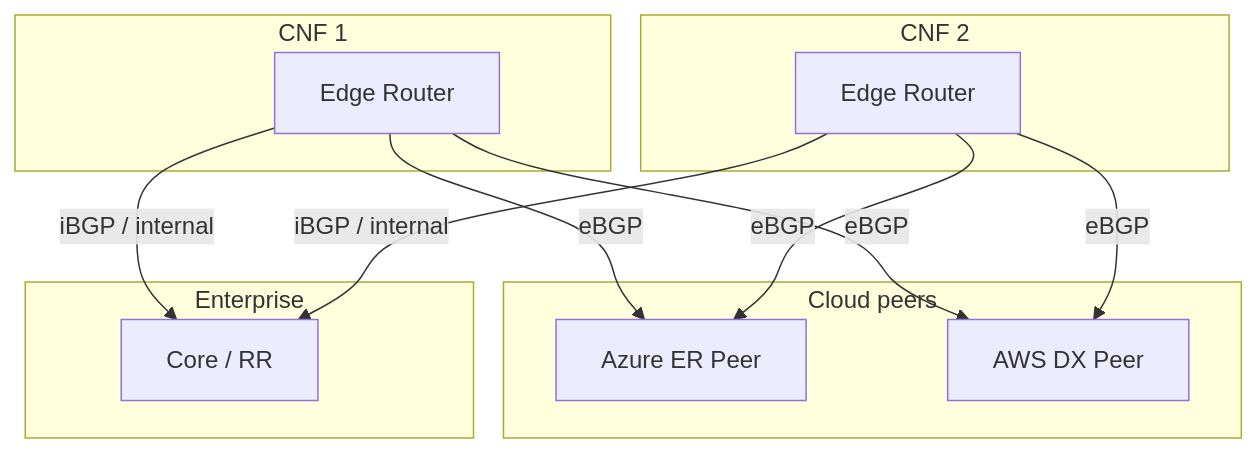
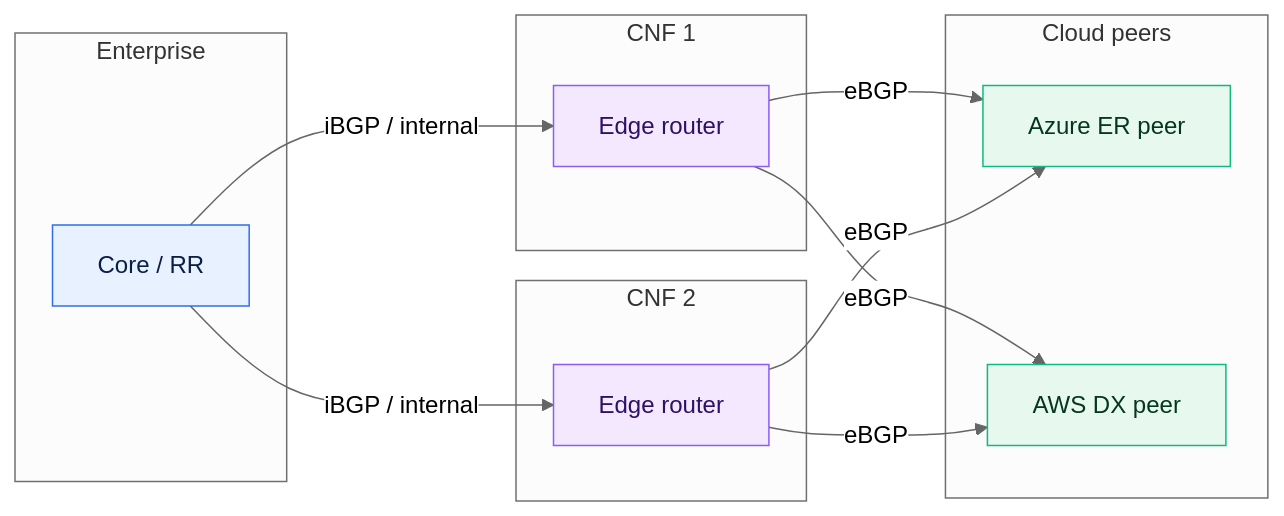
The fifth of 5 diagrams in blog/bgp-for-enterprise-cloud-connectivity.md (simonpainter/www.simonpainter.com), drawn with Mermaid before and after one commit. The commit also changed other lines of this file, not shown here.

Commit message:
Standardise Mermaid diagram styling

````diff
--- a/blog/bgp-for-enterprise-cloud-connectivity.md
+++ b/blog/bgp-for-enterprise-cloud-connectivity.md
@@ -554,29 +574,34 @@
 ```mermaid
-flowchart TB
+%%{init: {'theme':'neutral','flowchart':{'curve':'basis'},'themeVariables':{'fontFamily':'Inter, system-ui, -apple-system, Segoe UI, Roboto, Helvetica, Arial'}}}%%
+flowchart LR
+  classDef enterprise fill:#E8F1FF,stroke:#2F6FED,stroke-width:1px,color:#0B1F44;
+  classDef cloud fill:#E7F8EF,stroke:#10B981,stroke-width:1px,color:#05361F;
+  classDef edge fill:#F3E8FF,stroke:#8B5CF6,stroke-width:1px,color:#2E1065;
+
+  subgraph Enterprise[Enterprise]
+    Core[Core / RR]:::enterprise
+  end
+
   subgraph CNF1[CNF 1]
-    E1[Edge Router]
+    E1[Edge router]:::edge
   end
 
   subgraph CNF2[CNF 2]
-    E2[Edge Router]
+    E2[Edge router]:::edge
   end
 
   subgraph Clouds[Cloud peers]
-    AZ[Azure ER Peer]
-    AWS[AWS DX Peer]
+    AZ[Azure ER peer]:::cloud
+    AWS[AWS DX peer]:::cloud
   end
 
-  subgraph Ent[Enterprise]
-    Core[Core / RR]
-  end
+  Core -- iBGP / internal --> E1
+  Core -- iBGP / internal --> E2
 
   E1 -- eBGP --> AZ
   E1 -- eBGP --> AWS
   E2 -- eBGP --> AZ
   E2 -- eBGP --> AWS
 
-  E1 -- iBGP / internal --> Core
-  E2 -- iBGP / internal --> Core
-
-  %% Two CNFs give physical diversity, BGP policy decides preference and failover
+  %% Two CNFs give physical diversity. BGP policy decides preference and failover.
 ```
````
